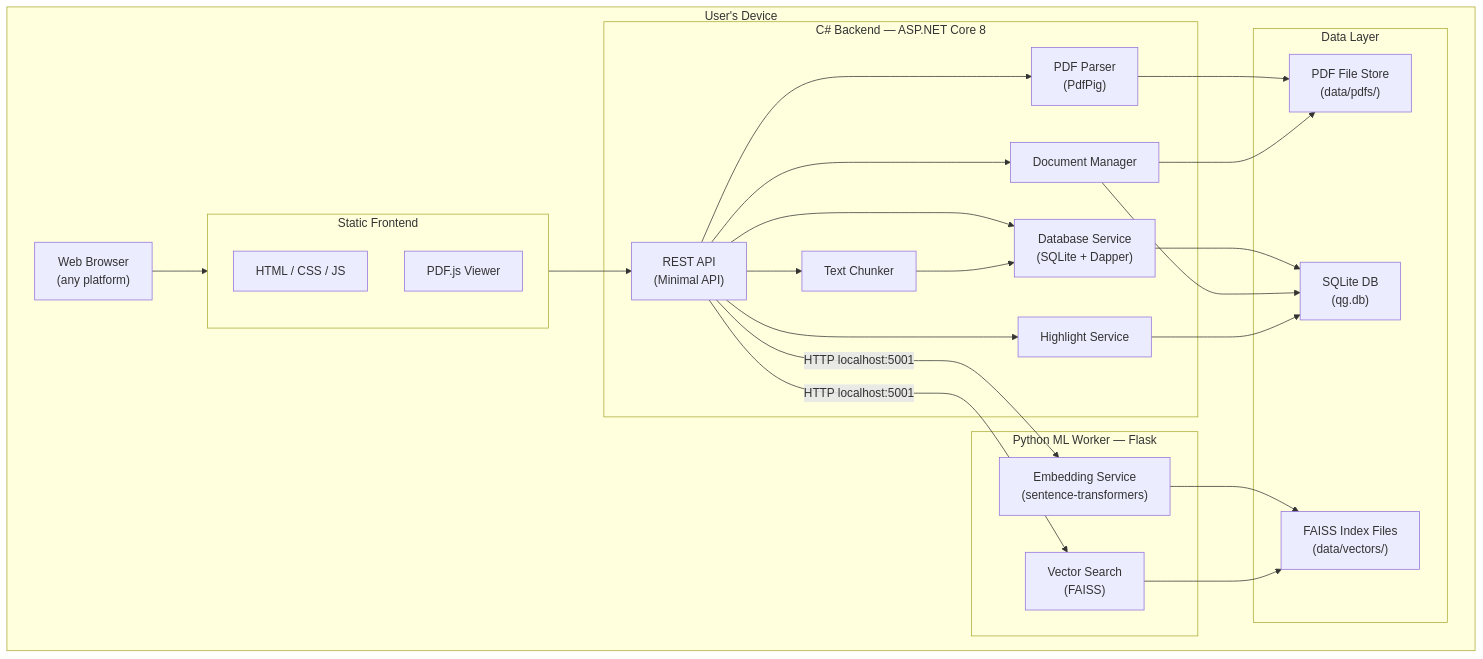
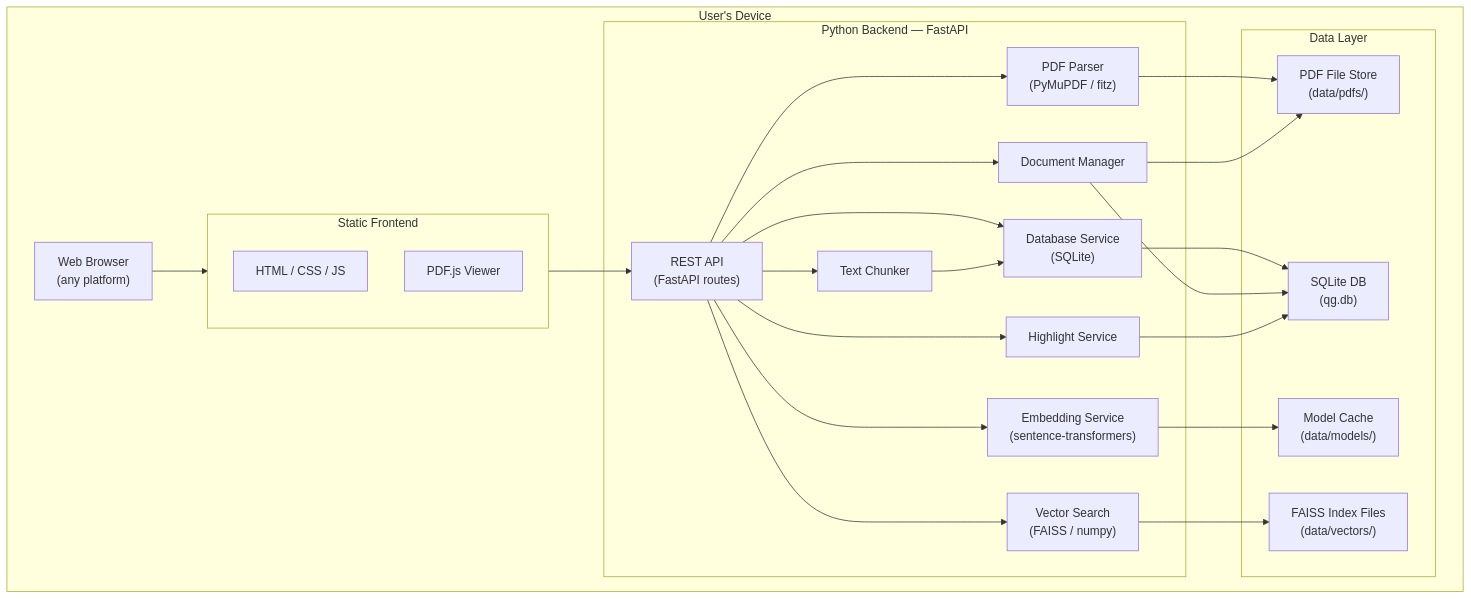
Before and after one commit to Ethan-da-Tech-Wizard/Quick_Guide: the first of 4 diagrams in docs/05_architecture.md, drawn with Mermaid. The commit also changed other lines of this file and 5 other files, not shown here.

````diff
--- a/docs/05_architecture.md
+++ b/docs/05_architecture.md
@@ -10,52 +10,49 @@
 ```mermaid
 graph TB
     subgraph UserDevice["User's Device"]
         Browser["Web Browser<br/>(any platform)"]
 
-        subgraph CSharpBackend["C# Backend — ASP.NET Core 8"]
-            API["REST API<br/>(Minimal API)"]
-            PdfSvc["PDF Parser<br/>(PdfPig)"]
+        subgraph PythonBackend["Python Backend — FastAPI"]
+            API["REST API<br/>(FastAPI routes)"]
+            PdfSvc["PDF Parser<br/>(PyMuPDF / fitz)"]
             ChunkSvc["Text Chunker"]
             DocMgr["Document Manager"]
             HighlightSvc["Highlight Service"]
-            DbSvc["Database Service<br/>(SQLite + Dapper)"]
-        end
-
-        subgraph PythonWorker["Python ML Worker — Flask"]
             EmbedSvc["Embedding Service<br/>(sentence-transformers)"]
-            VectorSvc["Vector Search<br/>(FAISS)"]
+            VectorSvc["Vector Search<br/>(FAISS / numpy)"]
+            DbSvc["Database Service<br/>(SQLite)"]
         end
 
         subgraph DataLayer["Data Layer"]
             SQLite["SQLite DB<br/>(qg.db)"]
             VectorIdx["FAISS Index Files<br/>(data/vectors/)"]
             FileStore["PDF File Store<br/>(data/pdfs/)"]
+            ModelCache["Model Cache<br/>(data/models/)"]
         end
 
         subgraph Frontend["Static Frontend"]
             HTML["HTML / CSS / JS"]
             PDFJS["PDF.js Viewer"]
         end
     end
 
     Browser --> Frontend
     Frontend --> API
     API --> PdfSvc
     API --> ChunkSvc
     API --> DocMgr
     API --> HighlightSvc
+    API --> EmbedSvc
+    API --> VectorSvc
     API --> DbSvc
-
-    API -- "HTTP localhost:5001" --> EmbedSvc
-    API -- "HTTP localhost:5001" --> VectorSvc
 
     PdfSvc --> FileStore
     ChunkSvc --> DbSvc
     DbSvc --> SQLite
     DocMgr --> FileStore
     DocMgr --> SQLite
     HighlightSvc --> SQLite
 
-    EmbedSvc --> VectorIdx
+    EmbedSvc --> ModelCache
     VectorSvc --> VectorIdx
 ```
````
